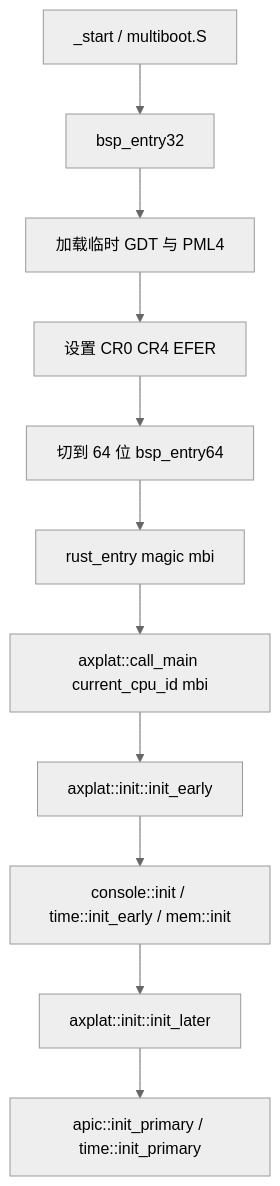
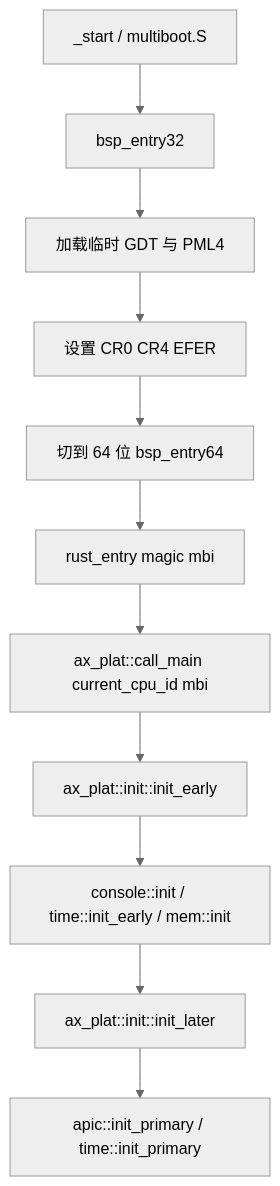
One commit to zKurisu/tgoskits changed the first of 2 diagrams in docs/crates/axplat-x86-qemu-q35.md. Above: the diagram before and after it, drawn with Mermaid (neutral theme). The commit also changed other lines of this file and 199 other files, not shown here.

Commit message:
rename axplat to ax-plat

````diff
--- a/docs/crates/axplat-x86-qemu-q35.md
+++ b/docs/crates/axplat-x86-qemu-q35.md
@@ -55,13 +55,13 @@
 ```mermaid
 flowchart TD
     A[_start / multiboot.S] --> B[bsp_entry32]
     B --> C[加载临时 GDT 与 PML4]
     C --> D[设置 CR0 CR4 EFER]
     D --> E[切到 64 位 bsp_entry64]
     E --> F[rust_entry magic mbi]
-    F --> G[axplat::call_main current_cpu_id mbi]
-    G --> H[axplat::init::init_early]
+    F --> G[ax_plat::call_main current_cpu_id mbi]
+    G --> H[ax_plat::init::init_early]
     H --> I[console::init / time::init_early / mem::init]
-    I --> J[axplat::init::init_later]
+    I --> J[ax_plat::init::init_later]
     J --> K[apic::init_primary / time::init_primary]
 ```
````
